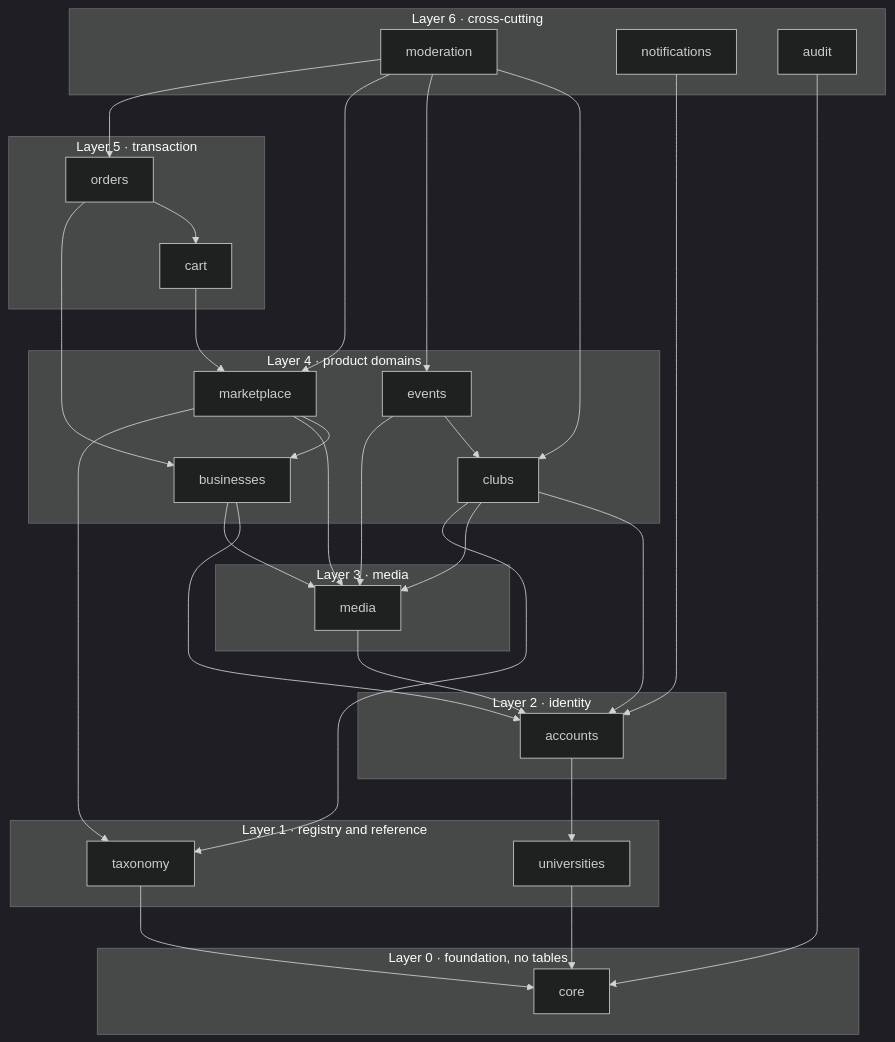
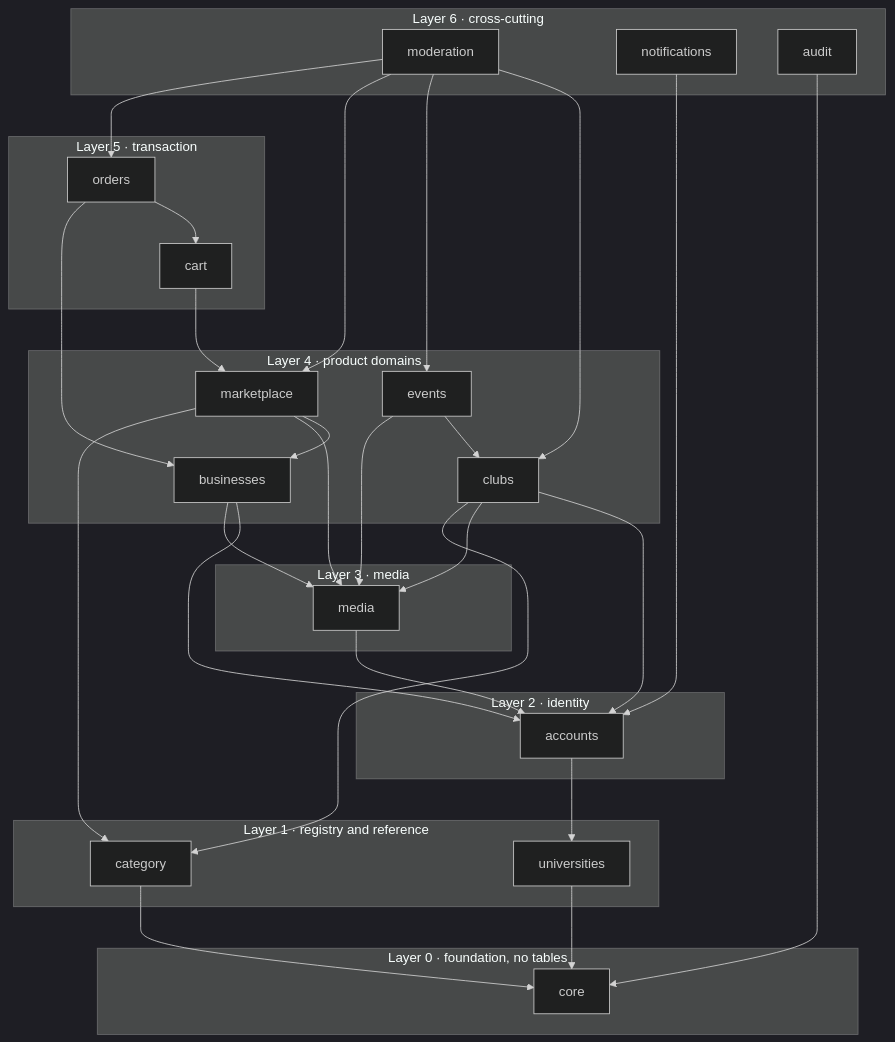
The eighth of 10 diagrams in docs/Diagrams-and-Django-Apps.md (Gigitogigs/CampusHub-3.0), drawn with Mermaid (dark theme) before and after one commit. The commit also changed other lines of this file and 2 other files, not shown here.

````diff
--- a/docs/Diagrams-and-Django-Apps.md
+++ b/docs/Diagrams-and-Django-Apps.md
@@ -711,61 +712,61 @@
 ```mermaid
 flowchart TD
     subgraph L0["Layer 0 · foundation, no tables"]
         CORE["core"]
     end
 
     subgraph L1["Layer 1 · registry and reference"]
         UNI["universities"]
-        TAX["taxonomy"]
+        TAX["category"]
     end
 
     subgraph L2["Layer 2 · identity"]
         ACC["accounts"]
     end
 
     subgraph L3["Layer 3 · media"]
         MED["media"]
     end
 
     subgraph L4["Layer 4 · product domains"]
         CLB["clubs"]
         EVT["events"]
         BUS["businesses"]
         MKT["marketplace"]
     end
 
     subgraph L5["Layer 5 · transaction"]
         CRT["cart"]
         ORD["orders"]
     end
 
     subgraph L6["Layer 6 · cross-cutting"]
         MOD["moderation"]
         NOT["notifications"]
         AUD["audit"]
     end
 
     TAX --> CORE
     UNI --> CORE
     ACC --> UNI
     MED --> ACC
     CLB --> ACC
     CLB --> MED
     CLB --> TAX
     EVT --> CLB
     EVT --> MED
     BUS --> ACC
     BUS --> MED
     MKT --> BUS
     MKT --> MED
     MKT --> TAX
     CRT --> MKT
     ORD --> CRT
     ORD --> BUS
     MOD --> CLB
     MOD --> EVT
     MOD --> MKT
     MOD --> ORD
     NOT --> ACC
     AUD --> CORE
 ```
````
